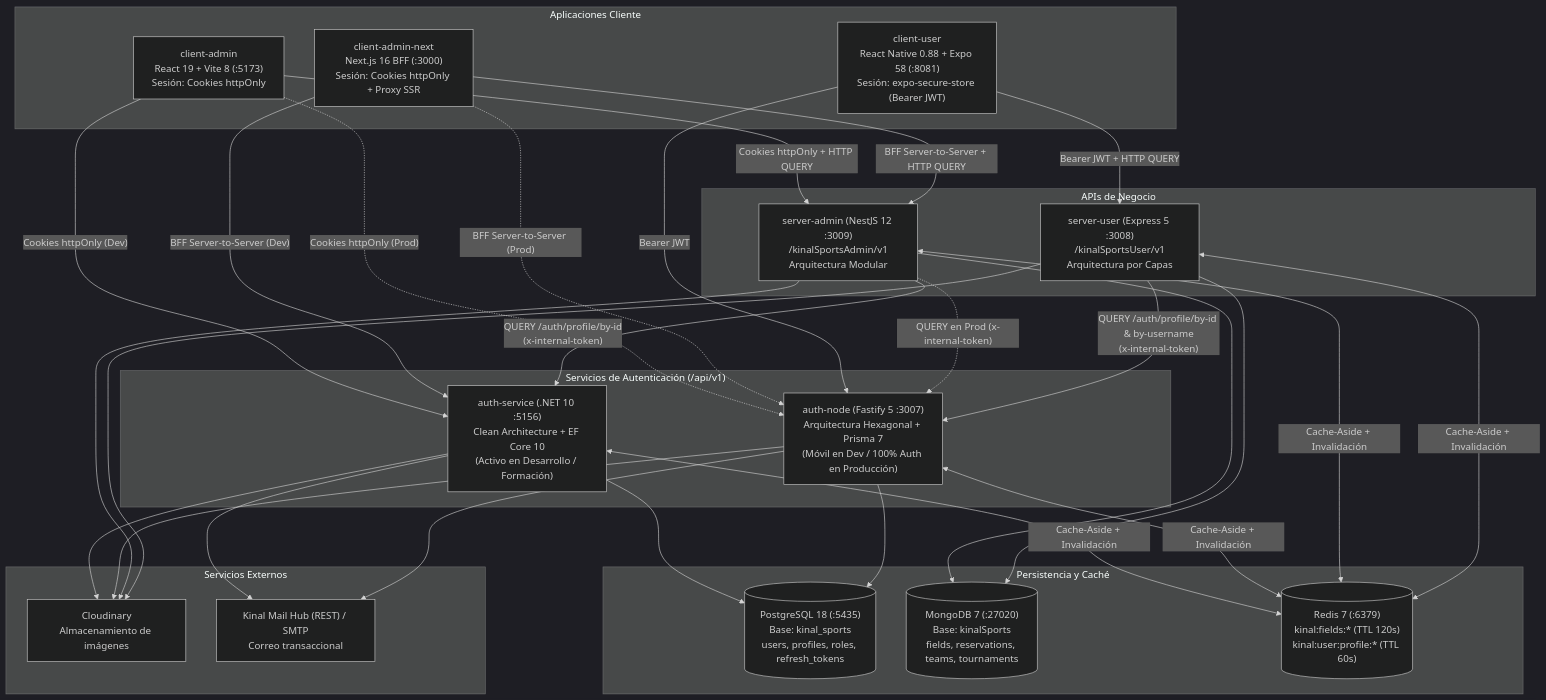
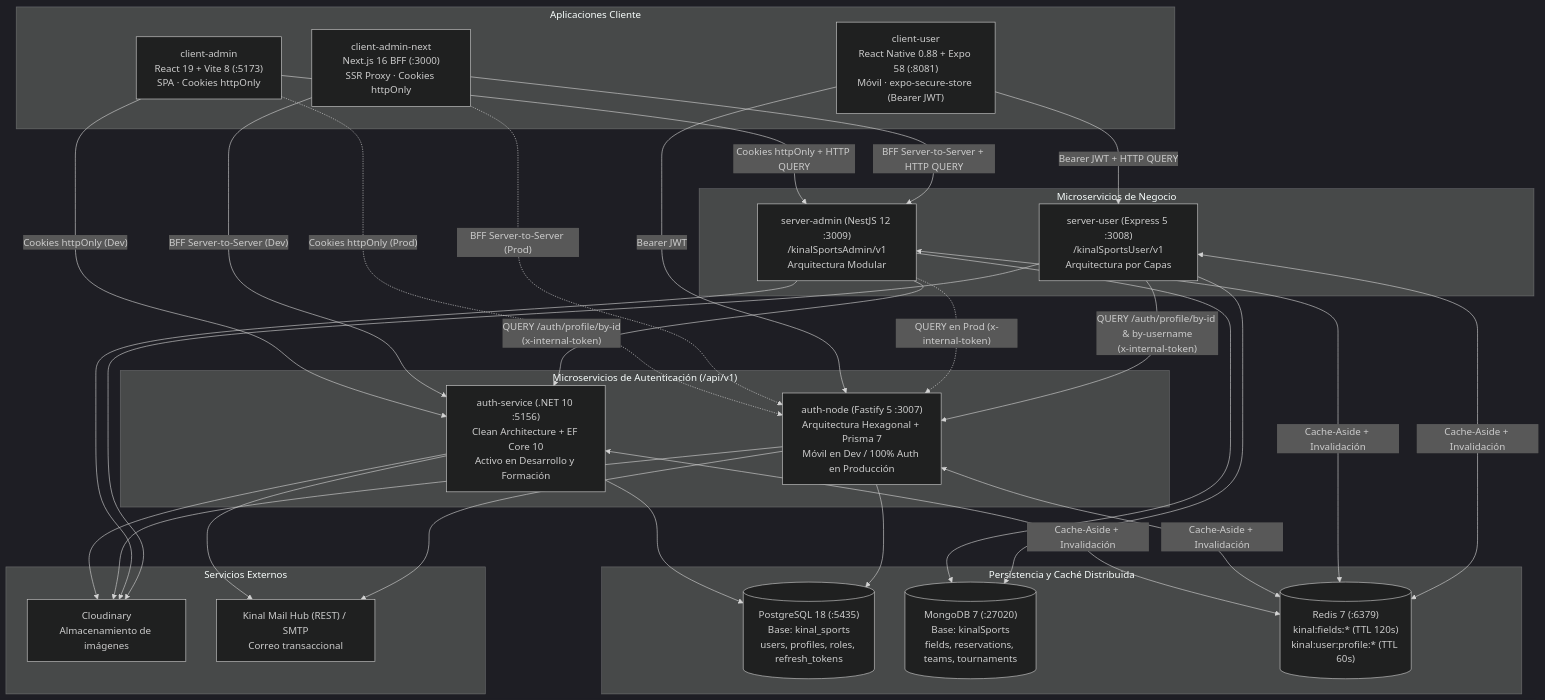
Before and after one commit to 6toInformatica/mono_repo_kinalSports: the diagram in README.md, drawn with Mermaid (dark theme). The commit also changed other lines of this file and 19 other files, not shown here.

````diff
--- a/README.md
+++ b/README.md
@@ -45,50 +114,50 @@
 ```mermaid
 flowchart TB
   subgraph Clients["Aplicaciones Cliente"]
-    CA["client-admin\nReact 19 + Vite 8 (:5173)\nSesión: Cookies httpOnly"]
-    CAN["client-admin-next\nNext.js 16 BFF (:3000)\nSesión: Cookies httpOnly + Proxy SSR"]
-    CU["client-user\nReact Native 0.88 + Expo 58 (:8081)\nSesión: expo-secure-store (Bearer JWT)"]
+    CA["client-admin<br/>React 19 + Vite 8 (:5173)<br/>SPA · Cookies httpOnly"]
+    CAN["client-admin-next<br/>Next.js 16 BFF (:3000)<br/>SSR Proxy · Cookies httpOnly"]
+    CU["client-user<br/>React Native 0.88 + Expo 58 (:8081)<br/>Móvil · expo-secure-store (Bearer JWT)"]
   end
 
-  subgraph AuthLayer["Servicios de Autenticación (/api/v1)"]
-    AS["auth-service (.NET 10 :5156)\nClean Architecture + EF Core 10\n(Activo en Desarrollo / Formación)"]
-    AN["auth-node (Fastify 5 :3007)\nArquitectura Hexagonal + Prisma 7\n(Móvil en Dev / 100% Auth en Producción)"]
+  subgraph AuthLayer["Microservicios de Autenticación (/api/v1)"]
+    AS["auth-service (.NET 10 :5156)<br/>Clean Architecture + EF Core 10<br/>Activo en Desarrollo y Formación"]
+    AN["auth-node (Fastify 5 :3007)<br/>Arquitectura Hexagonal + Prisma 7<br/>Móvil en Dev / 100% Auth en Producción"]
   end
 
-  subgraph BusinessLayer["APIs de Negocio"]
-    SA["server-admin (NestJS 12 :3009)\n/kinalSportsAdmin/v1\nArquitectura Modular"]
-    SU["server-user (Express 5 :3008)\n/kinalSportsUser/v1\nArquitectura por Capas"]
+  subgraph BusinessLayer["Microservicios de Negocio"]
+    SA["server-admin (NestJS 12 :3009)<br/>/kinalSportsAdmin/v1<br/>Arquitectura Modular"]
+    SU["server-user (Express 5 :3008)<br/>/kinalSportsUser/v1<br/>Arquitectura por Capas"]
   end
 
-  subgraph DataLayer["Persistencia y Caché"]
-    PG[("PostgreSQL 18 (:5435)\nBase: kinal_sports\nusers, profiles, roles, refresh_tokens")]
-    MG[("MongoDB 7 (:27020)\nBase: kinalSports\nfields, reservations, teams, tournaments")]
-    RD[("Redis 7 (:6379)\nkinal:fields:* (TTL 120s)\nkinal:user:profile:* (TTL 60s)")]
+  subgraph DataLayer["Persistencia y Caché Distribuida"]
+    PG[("PostgreSQL 18 (:5435)<br/>Base: kinal_sports<br/>users, profiles, roles, refresh_tokens")]
+    MG[("MongoDB 7 (:27020)<br/>Base: kinalSports<br/>fields, reservations, teams, tournaments")]
+    RD[("Redis 7 (:6379)<br/>kinal:fields:* (TTL 120s)<br/>kinal:user:profile:* (TTL 60s)")]
   end
 
   subgraph ExternalServices["Servicios Externos"]
-    CL["Cloudinary\nAlmacenamiento de imágenes"]
-    KMH["Kinal Mail Hub (REST) / SMTP\nCorreo transaccional"]
+    CL["Cloudinary<br/>Almacenamiento de imágenes"]
+    KMH["Kinal Mail Hub (REST) / SMTP<br/>Correo transaccional"]
   end
 
   CA -->|"Cookies httpOnly (Dev)"| AS
   CA -.->|"Cookies httpOnly (Prod)"| AN
   CA -->|"Cookies httpOnly + HTTP QUERY"| SA
 
   CAN -->|"BFF Server-to-Server (Dev)"| AS
   CAN -.->|"BFF Server-to-Server (Prod)"| AN
   CAN -->|"BFF Server-to-Server + HTTP QUERY"| SA
 
   CU -->|"Bearer JWT"| AN
   CU -->|"Bearer JWT + HTTP QUERY"| SU
 
-  SA -->|"QUERY /auth/profile/by-id\n(x-internal-token)"| AS
+  SA -->|"QUERY /auth/profile/by-id<br/>(x-internal-token)"| AS
   SA -.->|"QUERY en Prod (x-internal-token)"| AN
-  SU -->|"QUERY /auth/profile/by-id & by-username\n(x-internal-token)"| AN
+  SU -->|"QUERY /auth/profile/by-id & by-username<br/>(x-internal-token)"| AN
 
   AS & AN --> PG
   SA & SU --> MG
   AS & AN & SA & SU <-->|"Cache-Aside + Invalidación"| RD
   AS & AN & SA & SU --> CL
   AS & AN --> KMH
 ```
````
